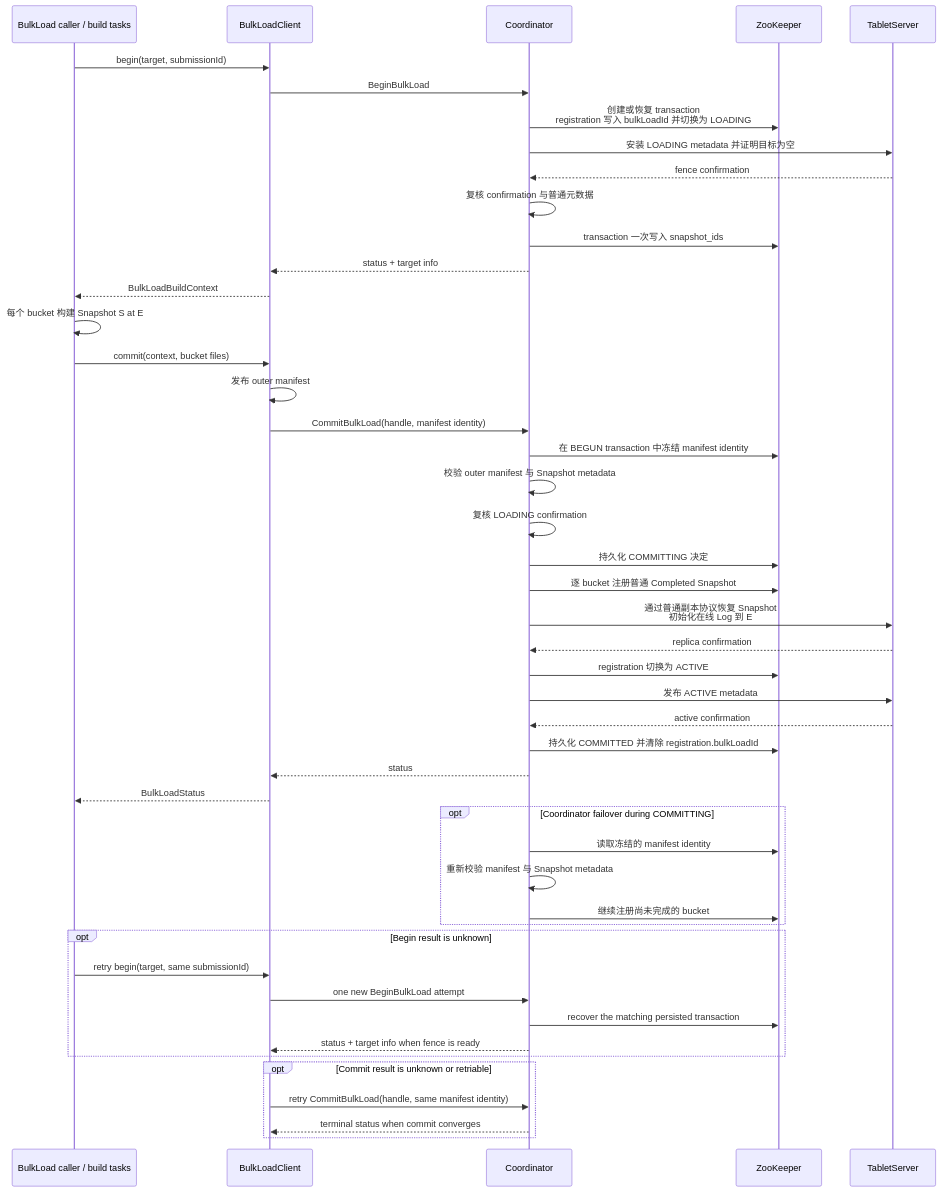
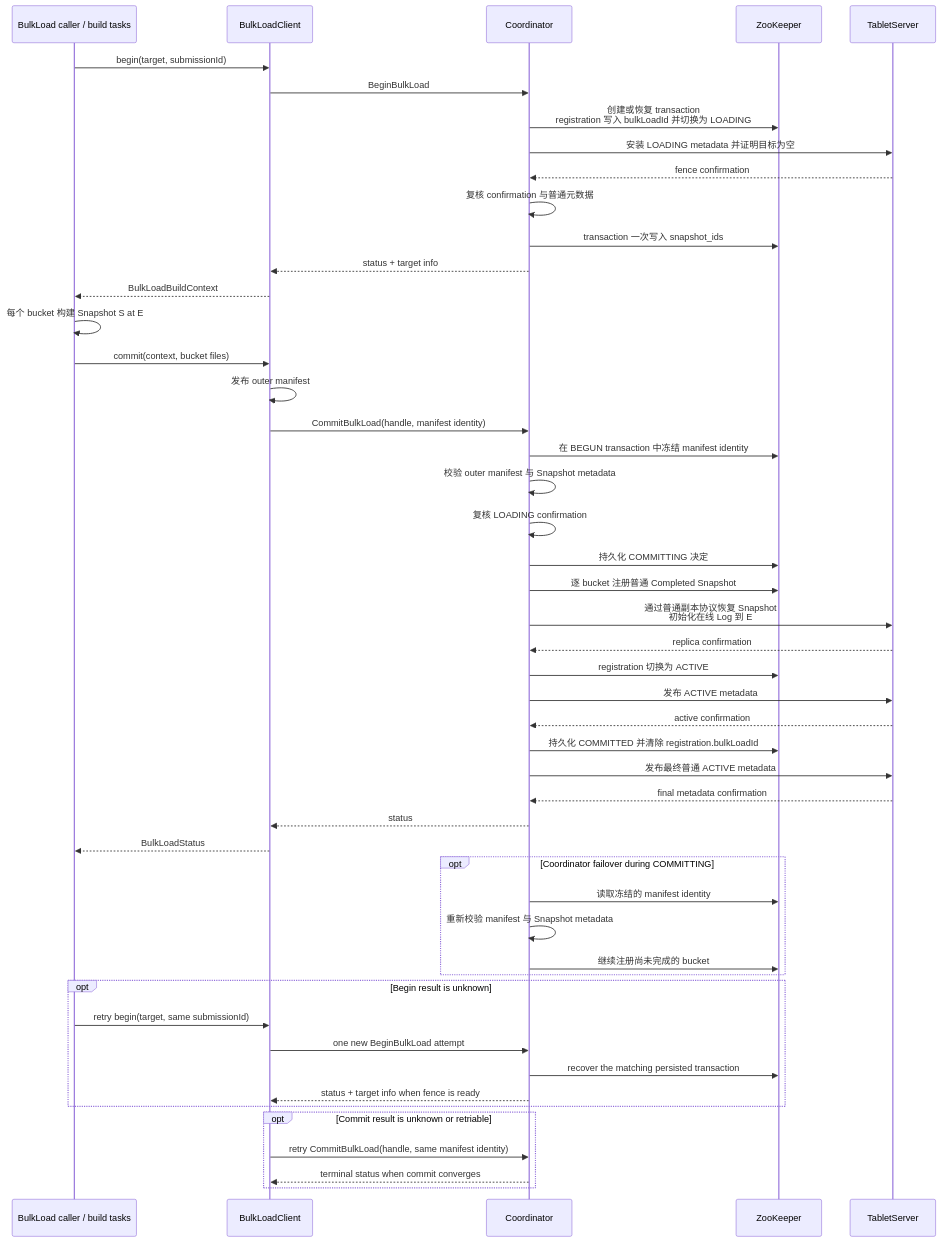
One commit to platinumhamburg/fluss changed the third of 4 diagrams in docs/design/primary-key-table-bulk-load-design.md. Above: the diagram before and after it, drawn with Mermaid. The commit also changed other lines of this file and 24 other files, not shown here.

````diff
--- a/docs/design/primary-key-table-bulk-load-design.md
+++ b/docs/design/primary-key-table-bulk-load-design.md
@@ -234,54 +233,56 @@
 ```mermaid
 sequenceDiagram
     participant Caller as BulkLoad caller / build tasks
     participant Client as BulkLoadClient
     participant Coordinator
     participant ZK as ZooKeeper
     participant TS as TabletServer
 
     Caller->>Client: begin(target, submissionId)
     Client->>Coordinator: BeginBulkLoad
     Coordinator->>ZK: 创建或恢复 transaction<br/>registration 写入 bulkLoadId 并切换为 LOADING
     Coordinator->>TS: 安装 LOADING metadata 并证明目标为空
     TS-->>Coordinator: fence confirmation
     Coordinator->>Coordinator: 复核 confirmation 与普通元数据
     Coordinator->>ZK: transaction 一次写入 snapshot_ids
     Coordinator-->>Client: status + target info
     Client-->>Caller: BulkLoadBuildContext
 
     Caller->>Caller: 每个 bucket 构建 Snapshot S at E
     Caller->>Client: commit(context, bucket files)
     Client->>Client: 发布 outer manifest
     Client->>Coordinator: CommitBulkLoad(handle, manifest identity)
     Coordinator->>ZK: 在 BEGUN transaction 中冻结 manifest identity
     Coordinator->>Coordinator: 校验 outer manifest 与 Snapshot metadata
     Coordinator->>Coordinator: 复核 LOADING confirmation
     Coordinator->>ZK: 持久化 COMMITTING 决定
     Coordinator->>ZK: 逐 bucket 注册普通 Completed Snapshot
     Coordinator->>TS: 通过普通副本协议恢复 Snapshot<br/>初始化在线 Log 到 E
     TS-->>Coordinator: replica confirmation
     Coordinator->>ZK: registration 切换为 ACTIVE
     Coordinator->>TS: 发布 ACTIVE metadata
     TS-->>Coordinator: active confirmation
     Coordinator->>ZK: 持久化 COMMITTED 并清除 registration.bulkLoadId
+    Coordinator->>TS: 发布最终普通 ACTIVE metadata
+    TS-->>Coordinator: final metadata confirmation
     Coordinator-->>Client: status
     Client-->>Caller: BulkLoadStatus
 
     opt Coordinator failover during COMMITTING
         Coordinator->>ZK: 读取冻结的 manifest identity
         Coordinator->>Coordinator: 重新校验 manifest 与 Snapshot metadata
         Coordinator->>ZK: 继续注册尚未完成的 bucket
     end
 
     opt Begin result is unknown
         Caller->>Client: retry begin(target, same submissionId)
         Client->>Coordinator: one new BeginBulkLoad attempt
         Coordinator->>ZK: recover the matching persisted transaction
         Coordinator-->>Client: status + target info when fence is ready
     end
 
     opt Commit result is unknown or retriable
         Client->>Coordinator: retry CommitBulkLoad(handle, same manifest identity)
         Coordinator-->>Client: terminal status when commit converges
     end
 ```
````
